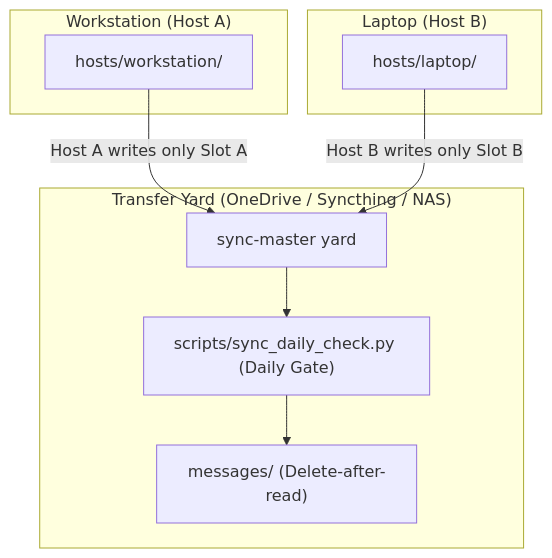
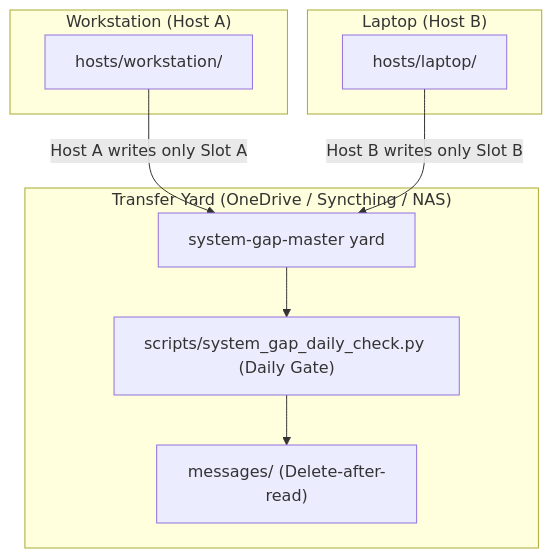
Before and after one commit to ellmos-ai/system-gap-master: the diagram in README.md, drawn with Mermaid. The commit also changed other lines of this file and 16 other files, not shown here.

Commit message:
refactor!: rename sync-master to system-gap-master

````diff
--- a/README.md
+++ b/README.md
@@ -27,15 +27,15 @@
 ```mermaid
 flowchart TD
     subgraph HostA["Workstation (Host A)"]
         SlotA["hosts/workstation/"]
     end
     subgraph HostB["Laptop (Host B)"]
         SlotB["hosts/laptop/"]
     end
     subgraph SyncYard["Transfer Yard (OneDrive / Syncthing / NAS)"]
-        SlotA -->|Host A writes only Slot A| YardStorage["sync-master yard"]
+        SlotA -->|Host A writes only Slot A| YardStorage["system-gap-master yard"]
         SlotB -->|Host B writes only Slot B| YardStorage
-        YardStorage --> GateScript["scripts/sync_daily_check.py (Daily Gate)"]
+        YardStorage --> GateScript["scripts/system_gap_daily_check.py (Daily Gate)"]
         GateScript --> MsgChannel["messages/ (Delete-after-read)"]
     end
 ```
````
